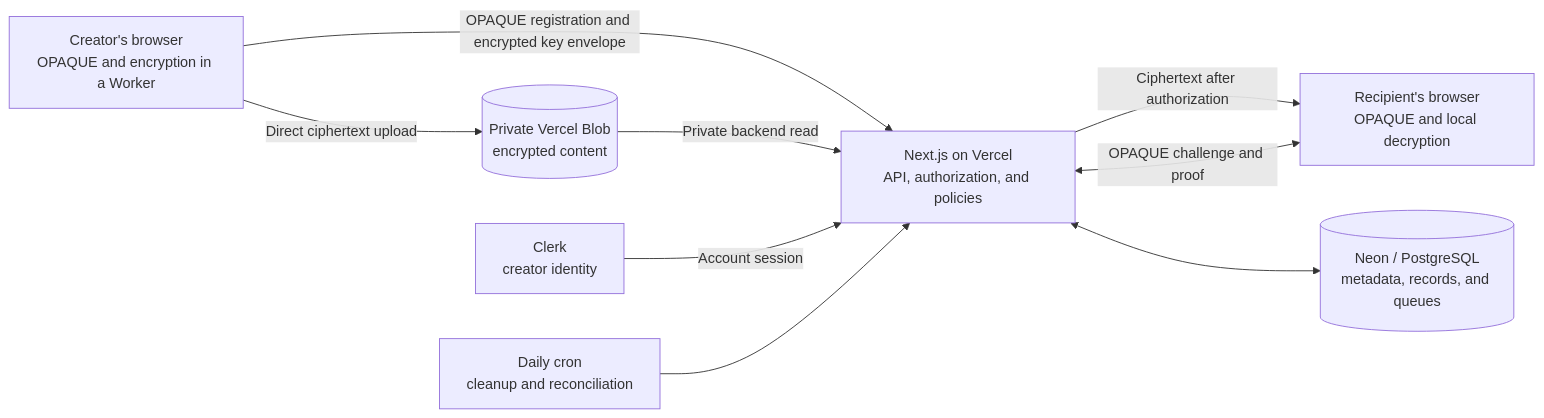
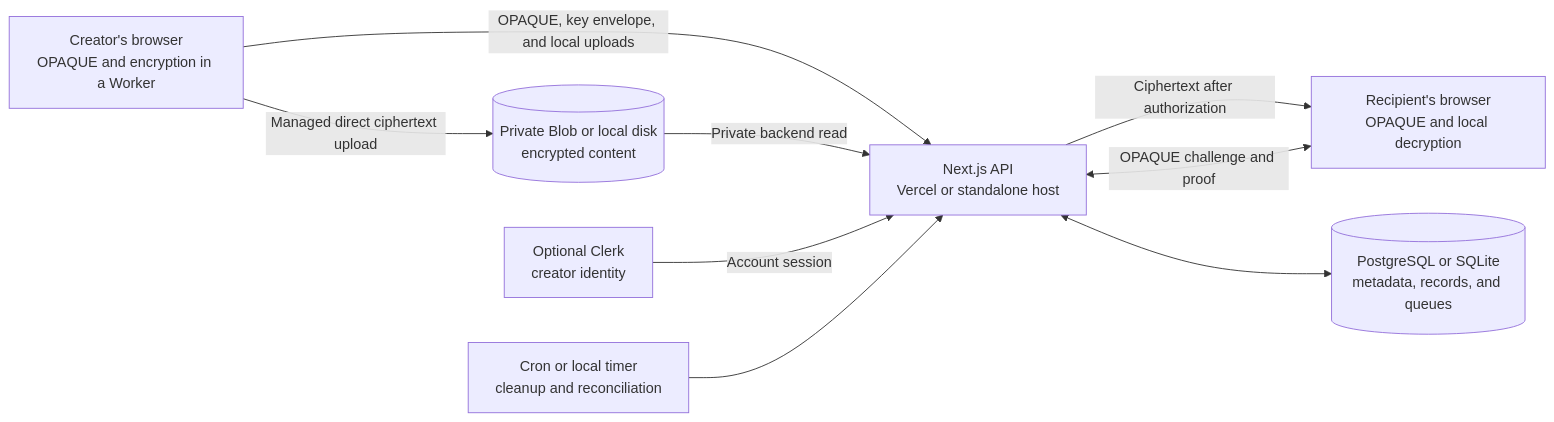
Before and after one commit to toruticas/efemero: the diagram in README.md, drawn with Mermaid. The commit also changed other lines of this file and 46 other files, not shown here.

Commit message:
feat: add standalone Docker hosting with SQLite and private local storage

````diff
--- a/README.md
+++ b/README.md
@@ -68,19 +85,19 @@
 ```mermaid
 flowchart LR
   C["Creator's browser<br/>OPAQUE and encryption in a Worker"]
   R["Recipient's browser<br/>OPAQUE and local decryption"]
-  A["Next.js on Vercel<br/>API, authorization, and policies"]
-  D[("Neon / PostgreSQL<br/>metadata, records, and queues")]
-  B[("Private Vercel Blob<br/>encrypted content")]
-  K["Clerk<br/>creator identity"]
-  T["Daily cron<br/>cleanup and reconciliation"]
+  A["Next.js API<br/>Vercel or standalone host"]
+  D[("PostgreSQL or SQLite<br/>metadata, records, and queues")]
+  B[("Private Blob or local disk<br/>encrypted content")]
+  K["Optional Clerk<br/>creator identity"]
+  T["Cron or local timer<br/>cleanup and reconciliation"]
 
-  C -->|"OPAQUE registration and encrypted key envelope"| A
-  C -->|"Direct ciphertext upload"| B
+  C -->|"OPAQUE, key envelope, and local uploads"| A
+  C -->|"Managed direct ciphertext upload"| B
   R <-->|"OPAQUE challenge and proof"| A
   A -->|"Ciphertext after authorization"| R
   A <--> D
   B -->|"Private backend read"| A
   K -->|"Account session"| A
   T --> A
 ```
````
